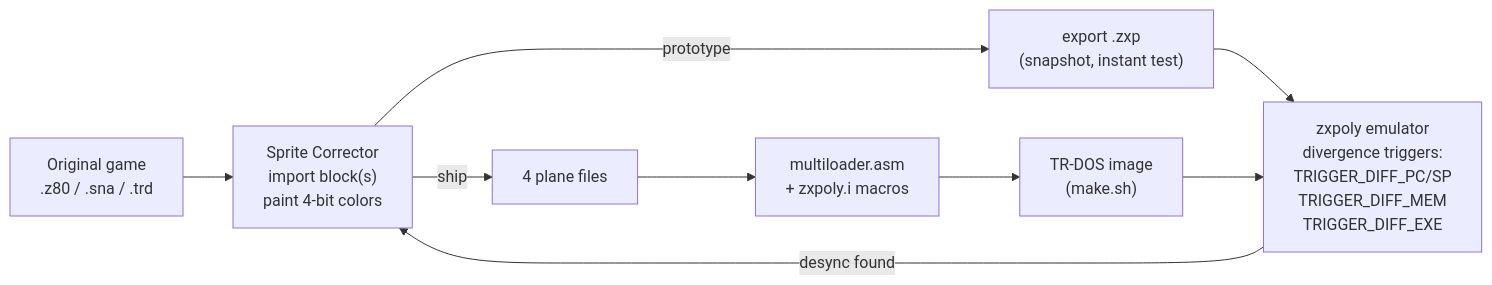
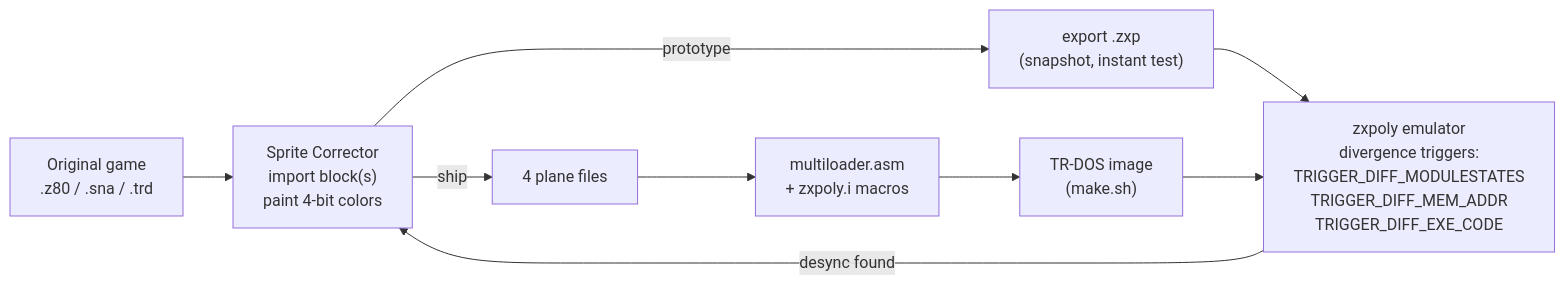
One commit to alfishe/unreal-ng changed the second of 2 diagrams in docs/inprogress/2026-09-27-zxpoly/zxpoly-adaptation-pipeline.md. Above: the diagram before and after it, drawn with Mermaid. The commit also changed other lines of this file and 16 other files, not shown here.

````diff
--- a/docs/inprogress/2026-09-27-zxpoly/zxpoly-adaptation-pipeline.md
+++ b/docs/inprogress/2026-09-27-zxpoly/zxpoly-adaptation-pipeline.md
@@ -130,10 +147,10 @@
 ```mermaid
 flowchart LR
   S["Original game<br/>.z80 / .sna / .trd"] --> SC["Sprite Corrector<br/>import block(s)<br/>paint 4-bit colors"]
   SC -->|prototype| ZXP["export .zxp<br/>(snapshot, instant test)"]
   SC -->|ship| P["4 plane files"]
   P --> ML["multiloader.asm<br/>+ zxpoly.i macros"]
   ML --> TRD["TR-DOS image<br/>(make.sh)"]
-  ZXP & TRD --> EMU["zxpoly emulator<br/>divergence triggers:<br/>TRIGGER_DIFF_PC/SP<br/>TRIGGER_DIFF_MEM<br/>TRIGGER_DIFF_EXE"]
+  ZXP & TRD --> EMU["zxpoly emulator<br/>divergence triggers:<br/>TRIGGER_DIFF_MODULESTATES<br/>TRIGGER_DIFF_MEM_ADDR<br/>TRIGGER_DIFF_EXE_CODE"]
   EMU --> |"desync found"| SC
 ```
````
